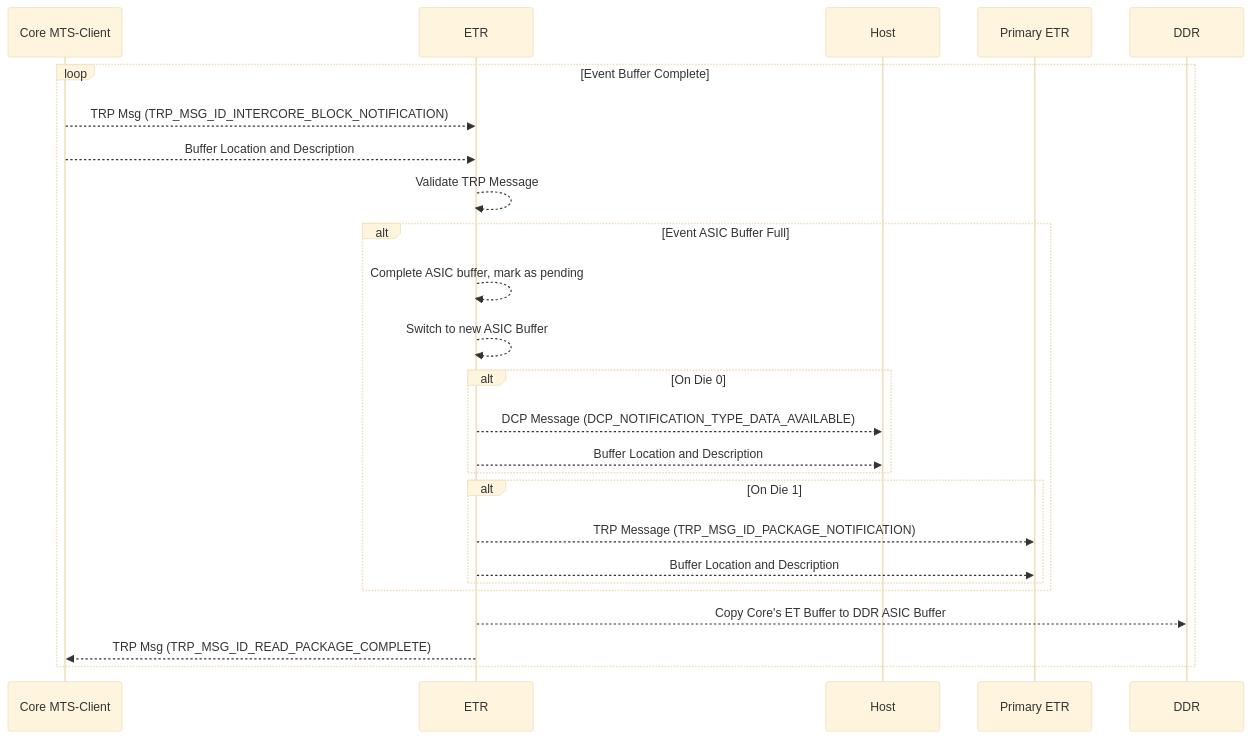
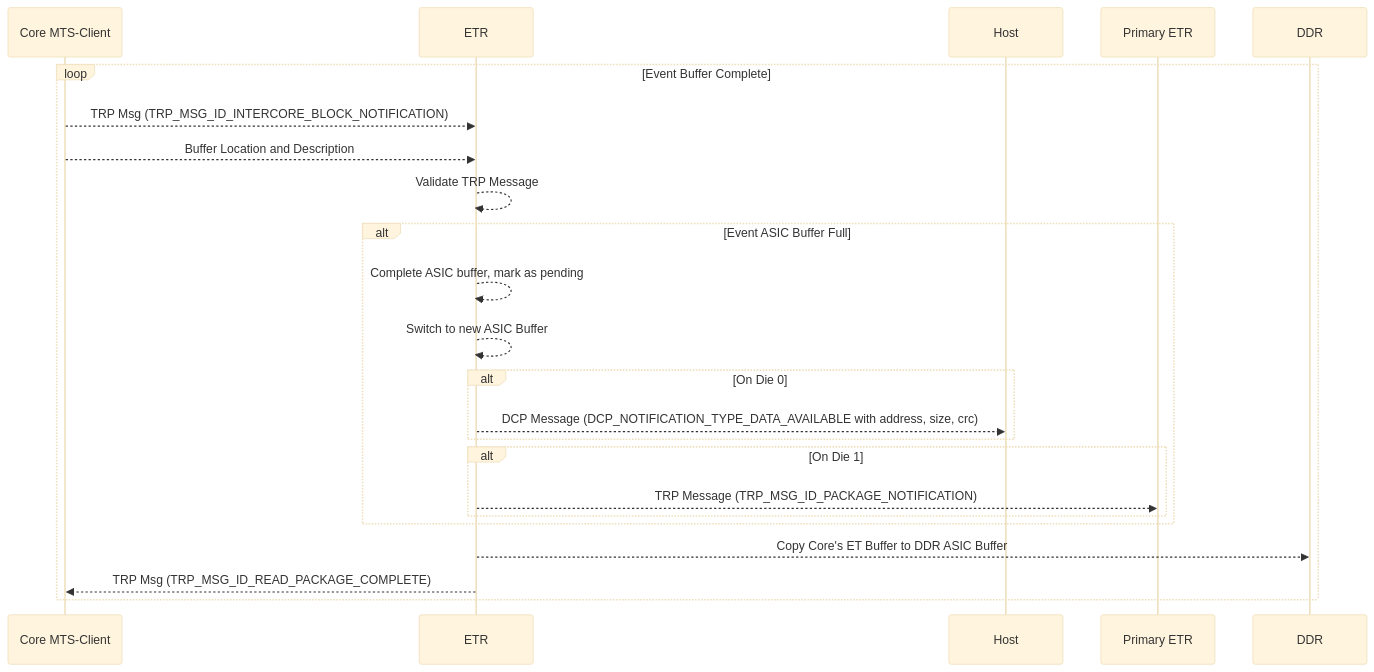
Before and after one commit to jivahire-com/cpp-thread-safe-cache: the fourth of 9 diagrams in docs/development/FirmwareDesign/EventTraceTelemetry.md, drawn with Mermaid (base theme). The commit also changed other lines of this file and 11 other files, not shown here.

```diff
--- a/docs/development/FirmwareDesign/EventTraceTelemetry.md
+++ b/docs/development/FirmwareDesign/EventTraceTelemetry.md
@@ -177,28 +177,26 @@
 :::mermaid
 sequenceDiagram
     participant Core MTS-Client
     participant ETR
     participant Host
     participant Primary ETR
     participant DDR
 
     loop Event Buffer Complete
         Core MTS-Client -->> ETR: TRP Msg (TRP_MSG_ID_INTERCORE_BLOCK_NOTIFICATION)
         Core MTS-Client -->> ETR: Buffer Location and Description
         ETR -->> ETR: Validate TRP Message
         alt Event ASIC Buffer Full
             ETR -->> ETR: Complete ASIC buffer, mark as pending
             ETR -->> ETR: Switch to new ASIC Buffer
             alt On Die 0
-                ETR -->> Host: DCP Message (DCP_NOTIFICATION_TYPE_DATA_AVAILABLE)
-                ETR -->> Host: Buffer Location and Description
+                ETR -->> Host: DCP Message (DCP_NOTIFICATION_TYPE_DATA_AVAILABLE with address, size, crc)
             end
             alt On Die 1
                 ETR -->> Primary ETR: TRP Message (TRP_MSG_ID_PACKAGE_NOTIFICATION)
-                ETR -->> Primary ETR: Buffer Location and Description
             end
         end
         ETR -->> DDR: Copy Core's ET Buffer to DDR ASIC Buffer
         ETR -->> Core MTS-Client: TRP Msg (TRP_MSG_ID_READ_PACKAGE_COMPLETE)
     end
 :::
```
